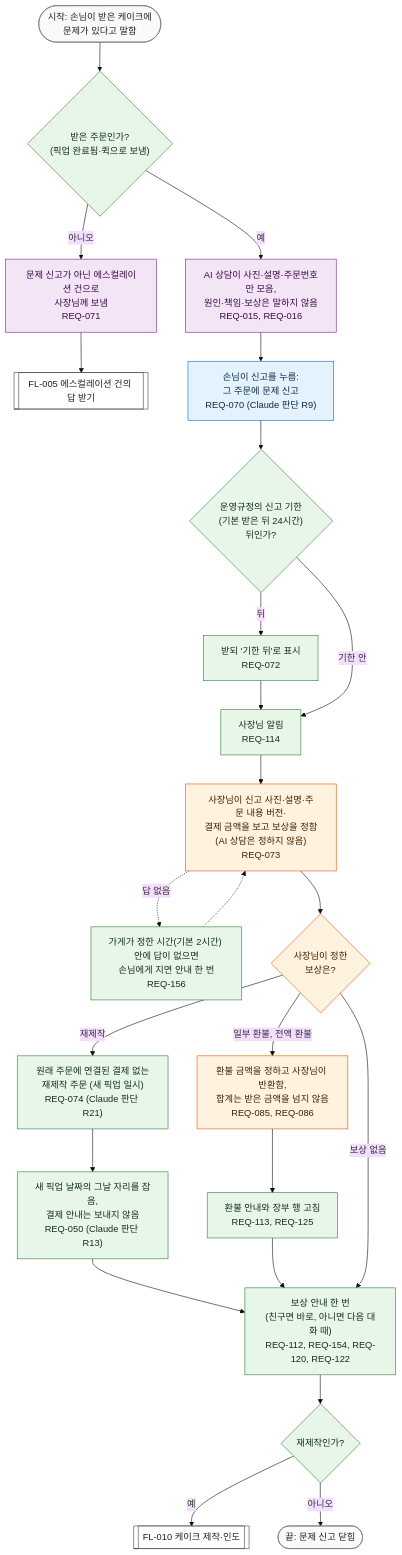
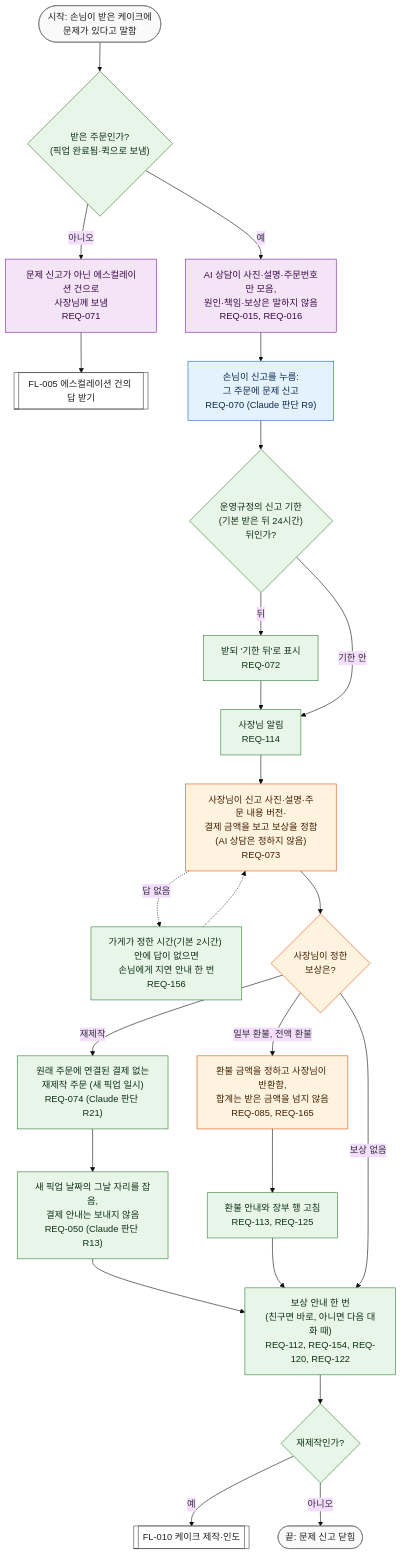
The diagram in docs/03-user-flow/FL-011-report-issue.md (kodonghui/siljang.ai), drawn with Mermaid (base theme) before and after one commit. The commit also changed other lines of this file and 13 other files, not shown here.

````diff
--- a/docs/03-user-flow/FL-011-report-issue.md
+++ b/docs/03-user-flow/FL-011-report-issue.md
@@ -18,53 +18,53 @@
 ```mermaid
 flowchart TD
   S(["시작: 손님이 받은 케이크에<br/>문제가 있다고 말함"])
   D0{"받은 주문인가?<br/>(픽업 완료됨·퀵으로 보냄)"}
   I1["문제 신고가 아닌 에스컬레이션 건으로<br/>사장님께 보냄<br/>REQ-071"]
   F5[["FL-005 에스컬레이션 건의 답 받기"]]
   I2["AI 상담이 사진·설명·주문번호만 모음,<br/>원인·책임·보상은 말하지 않음<br/>REQ-015, REQ-016"]
   I3["손님이 신고를 누름:<br/>그 주문에 문제 신고<br/>REQ-070 (Claude 판단 R9)"]
   D1{"운영규정의 신고 기한<br/>(기본 받은 뒤 24시간)<br/>뒤인가?"}
   I4["받되 '기한 뒤'로 표시<br/>REQ-072"]
   I5["사장님 알림<br/>REQ-114"]
   I6["사장님이 신고 사진·설명·주문 내용 버전·<br/>결제 금액을 보고 보상을 정함<br/>(AI 상담은 정하지 않음)<br/>REQ-073"]
   G6["가게가 정한 시간(기본 2시간) 안에 답이 없으면<br/>손님에게 지연 안내 한 번<br/>REQ-156"]
   D2{"사장님이 정한<br/>보상은?"}
   I7["원래 주문에 연결된 결제 없는<br/>재제작 주문 (새 픽업 일시)<br/>REQ-074 (Claude 판단 R21)"]
   I8["새 픽업 날짜의 그날 자리를 잡음,<br/>결제 안내는 보내지 않음<br/>REQ-050 (Claude 판단 R13)"]
-  I9["환불 금액을 정하고 사장님이 반환함,<br/>합계는 받은 금액을 넘지 않음<br/>REQ-085, REQ-086"]
+  I9["환불 금액을 정하고 사장님이 반환함,<br/>합계는 받은 금액을 넘지 않음<br/>REQ-085, REQ-165"]
   I10["환불 안내와 장부 행 고침<br/>REQ-113, REQ-125"]
   I11["보상 안내 한 번<br/>(친구면 바로, 아니면 다음 대화 때)<br/>REQ-112, REQ-154, REQ-120, REQ-122"]
   D3{"재제작인가?"}
   F10[["FL-010 케이크 제작·인도"]]
   E1(["끝: 문제 신고 닫힘"])
 
   S --> D0
   D0 -->|"아니오"| I1 --> F5
   D0 -->|"예"| I2 --> I3 --> D1
   D1 -->|"뒤"| I4 --> I5
   D1 -->|"기한 안"| I5
   I5 --> I6 --> D2
   I6 -.->|"답 없음"| G6
   G6 -.-> I6
   D2 -->|"재제작"| I7 --> I8 --> I11
   D2 -->|"일부 환불, 전액 환불"| I9 --> I10 --> I11
   D2 -->|"보상 없음"| I11
   I11 --> D3
   D3 -->|"예"| F10
   D3 -->|"아니오"| E1
 
   classDef cust fill:#e3f2fd,stroke:#1565c0,color:#0d2a4a
   classDef ai fill:#f3e5f5,stroke:#7b1fa2,color:#3b0a4a
   classDef owner fill:#fff3e0,stroke:#e65100,color:#3e2000
   classDef svc fill:#e8f5e9,stroke:#2e7d32,color:#0f3313
   classDef gap fill:#fffde7,stroke:#f9a825,stroke-dasharray:5 5,color:#4a3b00
   classDef flow fill:#ffffff,stroke:#424242,color:#212121
   classDef term fill:#fafafa,stroke:#757575,color:#212121
   class I3 cust
   class I1,I2 ai
   class I6,D2,I9 owner
   class D0,D1,I4,I5,I7,I8,I10,I11,D3 svc
   class G6 svc
   class F5,F10 flow
   class S,E1 term
 ```
````
